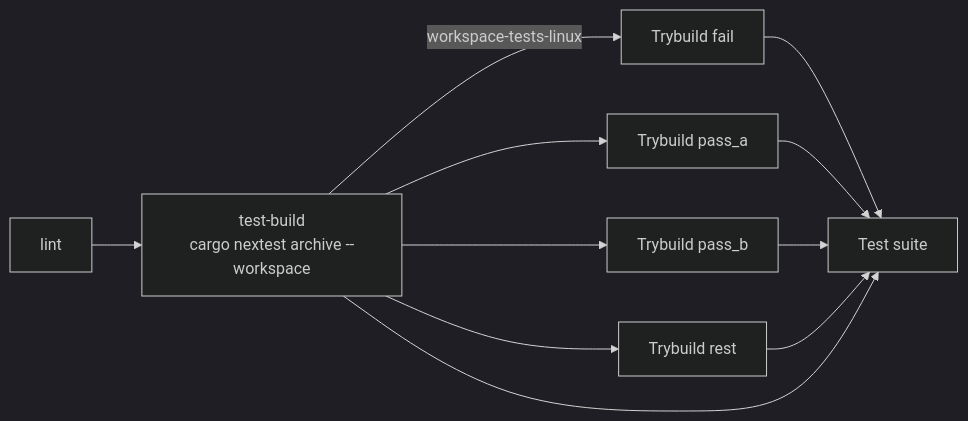
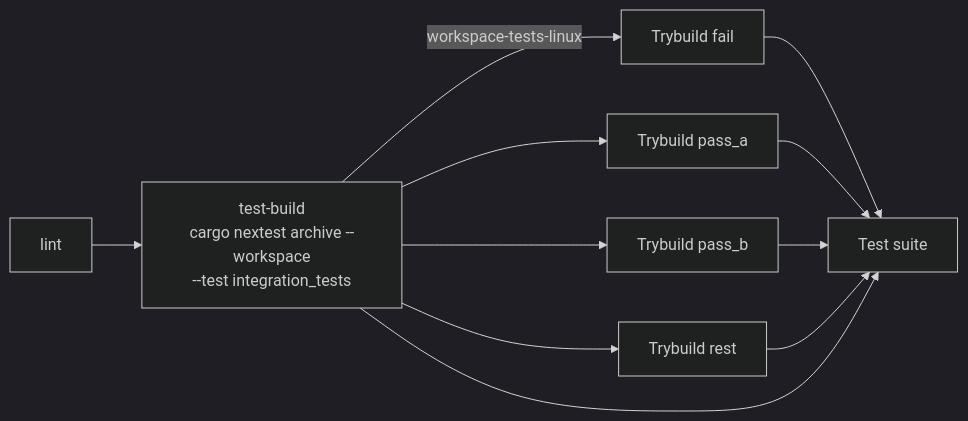
Before and after one commit to autumn-foundation/autumn: the diagram in docs/adr/0035-nextest-archive-for-trybuild-shards.md, drawn with Mermaid (dark theme). The commit also changed other lines of this file and 4 other files, not shown here.

First line of the commit message:
ci: archive only integration_tests for the trybuild shards

````diff
--- a/docs/adr/0035-nextest-archive-for-trybuild-shards.md
+++ b/docs/adr/0035-nextest-archive-for-trybuild-shards.md
@@ -42,9 +44,9 @@
 ```mermaid
 flowchart LR
-    lint[lint] --> build["test-build<br/>cargo nextest archive --workspace"]
+    lint[lint] --> build["test-build<br/>cargo nextest archive --workspace<br/>--test integration_tests"]
     build -- workspace-tests-linux --> fail[Trybuild fail]
     build --> pa[Trybuild pass_a]
     build --> pb[Trybuild pass_b]
     build --> rest[Trybuild rest]
     fail & pa & pb & rest & build --> gate[Test suite]
 ```
````
